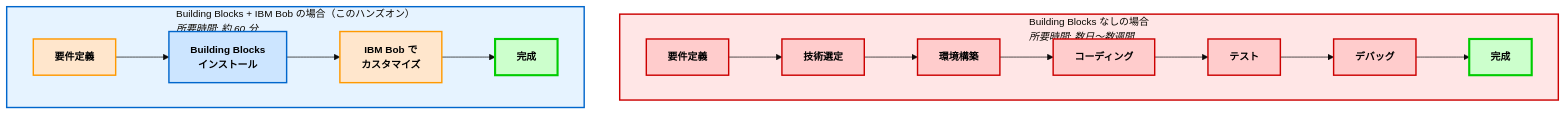
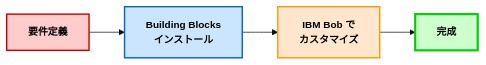
Before and after one commit to mukoubuchi/vector-search-hands-on: the second of 2 diagrams in docs/index.md, drawn with Mermaid. The commit also changed other lines of this file and 1 other file, not shown here.

First line of the commit message:
docs: Building Blocksが提供するファイルの明確化

````diff
--- a/docs/index.md
+++ b/docs/index.md
@@ -14,34 +39,15 @@
 ```mermaid
 %%{init: {'theme':'base', 'themeVariables': { 'fontSize':'14px'}}}%%
-graph TB
-    subgraph trad["Building Blocks なしの場合<br/><i>所要時間: 数日〜数週間</i>"]
-        direction LR
-        t1["<b>要件定義</b>"]:::tradBox
-        t2["<b>技術選定</b>"]:::tradBox
-        t3["<b>環境構築</b>"]:::tradBox
-        t4["<b>コーディング</b>"]:::tradBox
-        t5["<b>テスト</b>"]:::tradBox
-        t6["<b>デバッグ</b>"]:::tradBox
-        t7["<b>完成</b>"]:::completeBox
-        
-        t1 --> t2 --> t3 --> t4 --> t5 --> t6 --> t7
-    end
+graph LR
+    m1["<b>要件定義</b>"]:::tradBox
+    m2["<b>Building Blocks<br/>インストール</b>"]:::bbBox
+    m3["<b>IBM Bob で<br/>カスタマイズ</b>"]:::bobBox
+    m4["<b>完成</b>"]:::completeBox
     
-    subgraph modern["Building Blocks + IBM Bob の場合（このハンズオン）<br/><i>所要時間: 約 60 分</i>"]
-        direction LR
-        m1["<b>要件定義</b>"]:::bobBox
-        m2["<b>Building Blocks<br/>インストール</b>"]:::bbBox
-        m3["<b>IBM Bob で<br/>カスタマイズ</b>"]:::bobBox
-        m4["<b>完成</b>"]:::completeBox
-        
-        m1 --> m2 --> m3 --> m4
-    end
+    m1 --> m2 --> m3 --> m4
     
     classDef tradBox fill:#ffcccc,stroke:#cc0000,stroke-width:2px,color:#000
     classDef bbBox fill:#cce5ff,stroke:#0066cc,stroke-width:2px,color:#000
     classDef bobBox fill:#ffe6cc,stroke:#ff9900,stroke-width:2px,color:#000
     classDef completeBox fill:#ccffcc,stroke:#00cc00,stroke-width:3px,color:#000,font-weight:bold
-    
-    style trad fill:#ffe6e6,stroke:#cc0000,stroke-width:2px
-    style modern fill:#e6f3ff,stroke:#0066cc,stroke-width:2px
 ```
````
